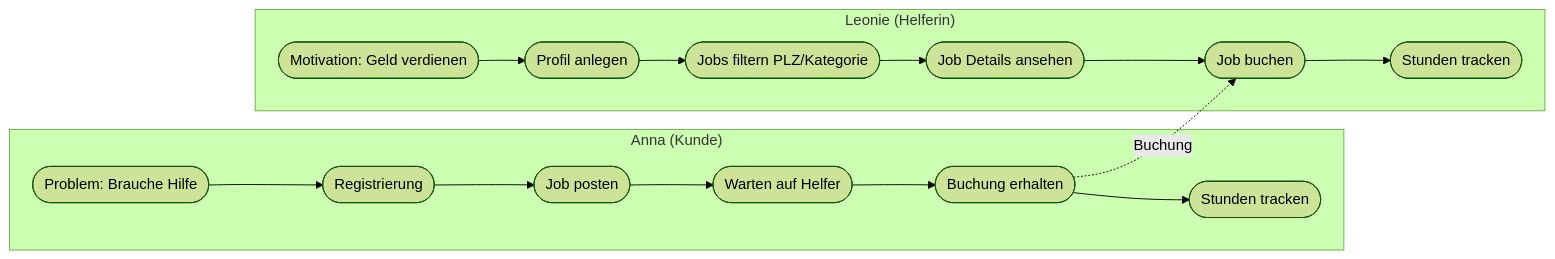
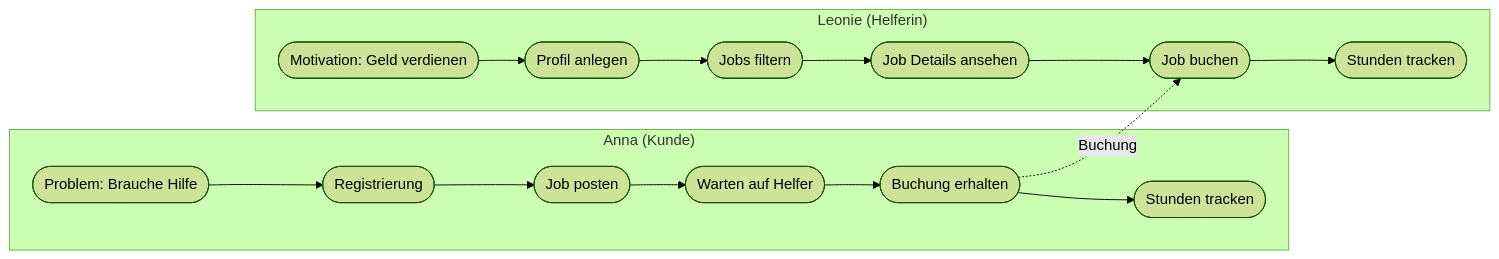
One commit to malinschtz/Helferbaer changed the diagram in docs/value-proposition.md. Above: the diagram before and after it, drawn with Mermaid (forest theme). The commit also changed 1 other file, not shown here.

Commit message:
design desicions geupdated

````diff
--- a/docs/value-proposition.md
+++ b/docs/value-proposition.md
@@ -52,18 +52,18 @@
 ```mermaid
 flowchart LR  
 	subgraph Anna_Journey["Anna (Kunde)"]
 		A1([Problem: Brauche Hilfe]) --> A2([Registrierung])
 		A2 --> A3([Job posten])
 		A3 --> A4([Warten auf Helfer]) 
 		A4 --> A5([Buchung erhalten])
 		A5 --> A6([Stunden tracken])
 	end  
 	subgraph Leonie_Journey["Leonie (Helferin)"]
 		L1([Motivation: Geld verdienen]) --> L2([Profil anlegen])
-		L2 --> L3([Jobs filtern PLZ/Kategorie])
+		L2 --> L3([Jobs filtern])
 		L3 --> L4([Job Details ansehen])
 		L4 --> L5([Job buchen])
 		L5 --> L6([Stunden tracken])
 		end  
 	A5 -.Buchung.-> L5
 ```
````
